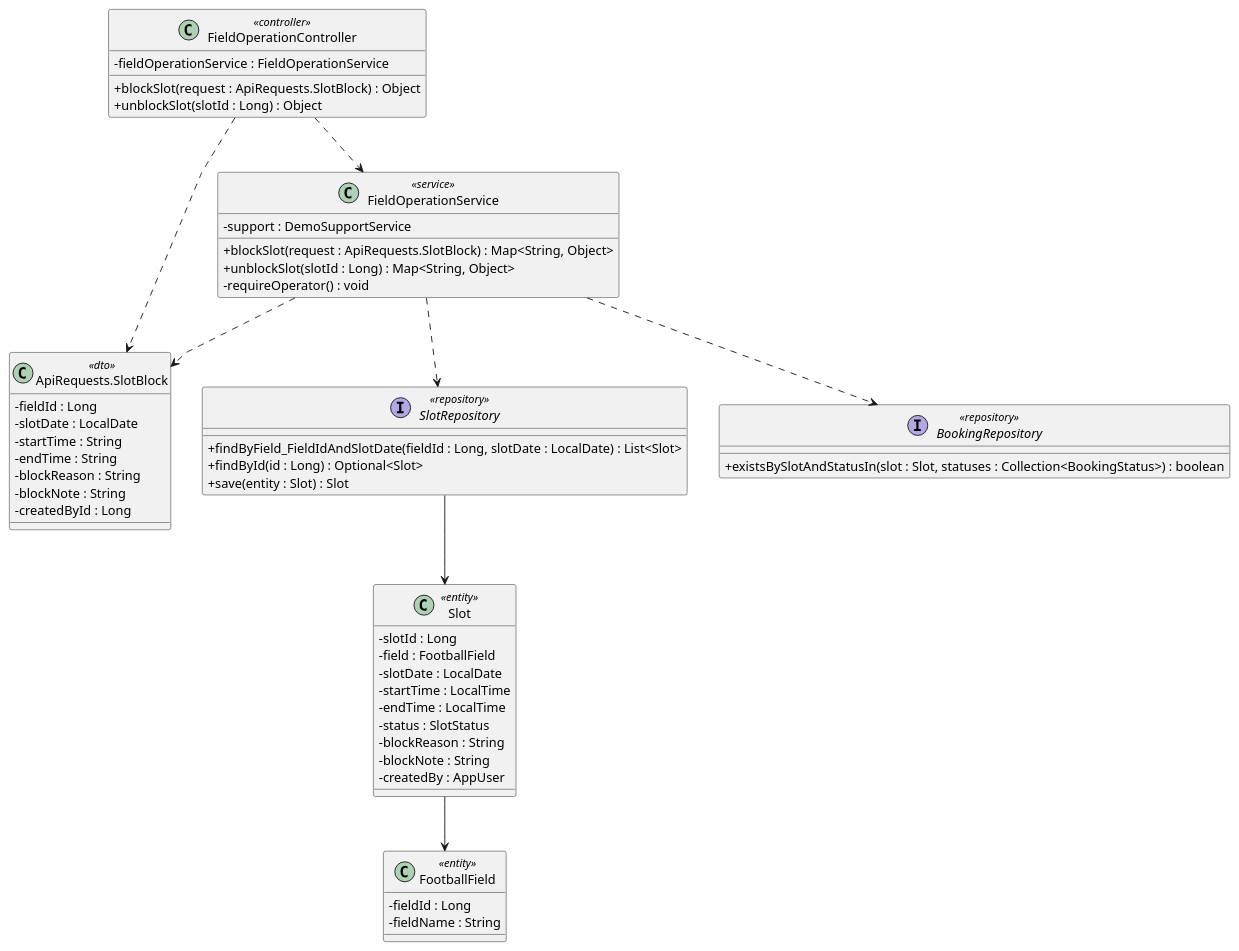
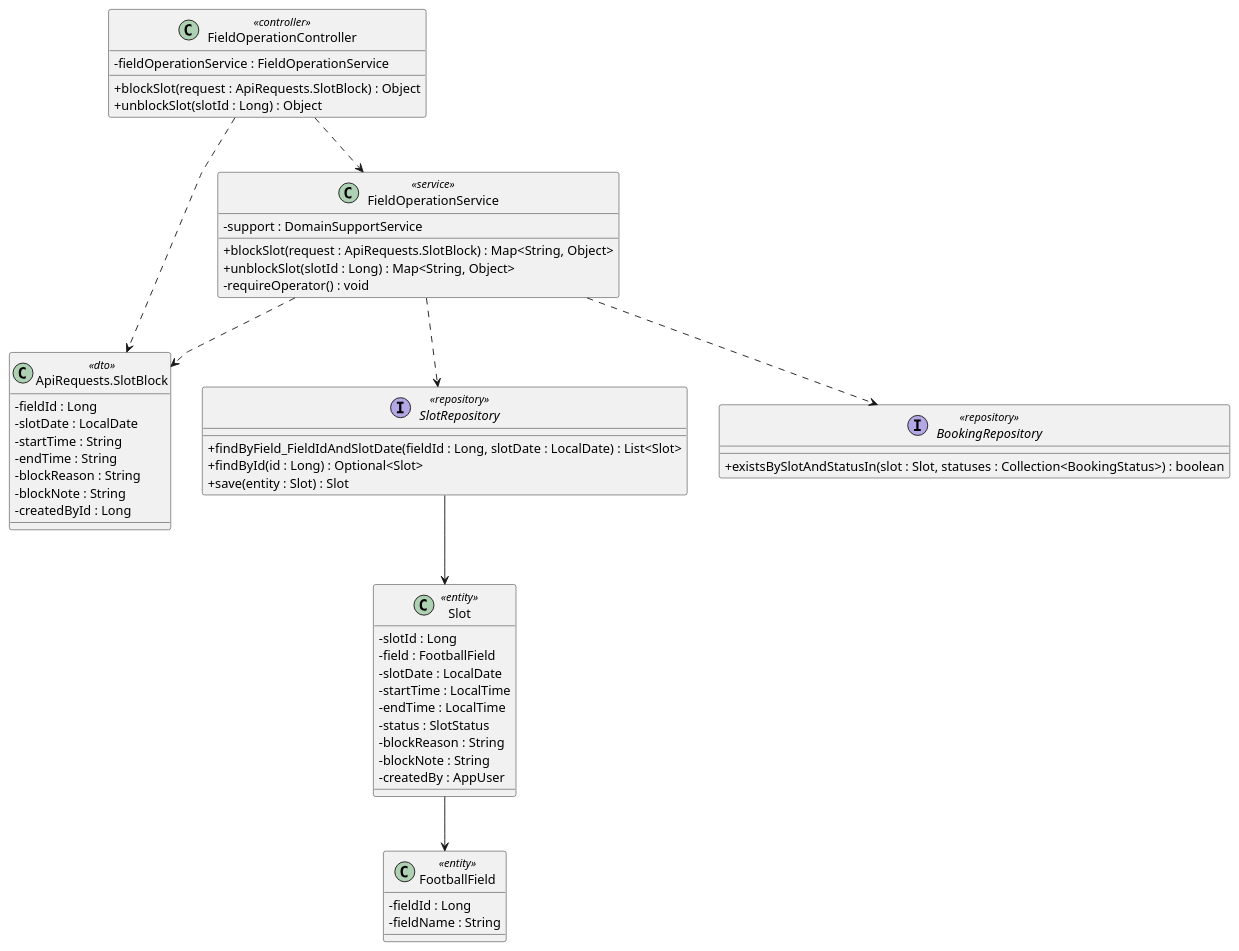
One commit to maxwell1904/SWP391_G3 changed the diagram in docs/Class Diagram/manage-unavailable-slots.puml. Above: the diagram before and after it, drawn with PlantUML. The commit also changed 120 other files, not shown here.

```diff
--- a/docs/Class Diagram/manage-unavailable-slots.puml
+++ b/docs/Class Diagram/manage-unavailable-slots.puml
@@ -1,66 +1,66 @@
 @startuml
 
 skinparam classAttributeIconSize 0
 skinparam linetype polyline
 
 class FieldOperationController <<controller>> {
     -fieldOperationService : FieldOperationService
 
     +blockSlot(request : ApiRequests.SlotBlock) : Object
     +unblockSlot(slotId : Long) : Object
 }
 
 class FieldOperationService <<service>> {
-    -support : DemoSupportService
+    -support : DomainSupportService
 
     +blockSlot(request : ApiRequests.SlotBlock) : Map<String, Object>
     +unblockSlot(slotId : Long) : Map<String, Object>
     -requireOperator() : void
 }
 
 class "ApiRequests.SlotBlock" as SlotBlockDTO <<dto>> {
     -fieldId : Long
     -slotDate : LocalDate
     -startTime : String
     -endTime : String
     -blockReason : String
     -blockNote : String
     -createdById : Long
 }
 
 interface SlotRepository <<repository>> {
     +findByField_FieldIdAndSlotDate(fieldId : Long, slotDate : LocalDate) : List<Slot>
     +findById(id : Long) : Optional<Slot>
     +save(entity : Slot) : Slot
 }
 
 interface BookingRepository <<repository>> {
     +existsBySlotAndStatusIn(slot : Slot, statuses : Collection<BookingStatus>) : boolean
 }
 
 class Slot <<entity>> {
     -slotId : Long
     -field : FootballField
     -slotDate : LocalDate
     -startTime : LocalTime
     -endTime : LocalTime
     -status : SlotStatus
     -blockReason : String
     -blockNote : String
     -createdBy : AppUser
 }
 
 class FootballField <<entity>> {
     -fieldId : Long
     -fieldName : String
 }
 
 FieldOperationController ..> FieldOperationService
 FieldOperationController ..> SlotBlockDTO
 FieldOperationService ..> SlotBlockDTO
 FieldOperationService ..> SlotRepository
 FieldOperationService ..> BookingRepository
 SlotRepository --> Slot
 Slot --> FootballField
 
 @enduml
```
